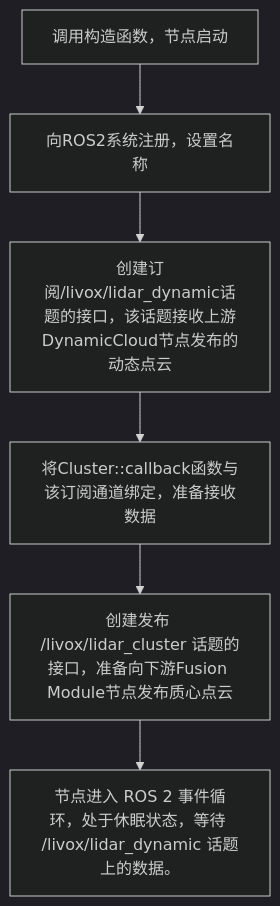
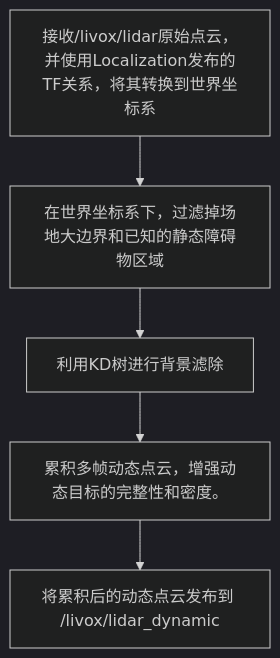
The second of 3 diagrams in 雷达/TDTcode.md (Aurovora/SRM_code), drawn with Mermaid (dark theme) before and after one commit. The commit also changed other lines of this file, not shown here.

````diff
--- a/雷达/TDTcode.md
+++ b/雷达/TDTcode.md
@@ -29,8 +25,7 @@
 ```mermaid
 graph TD
-    A[调用构造函数，节点启动] --> B[向ROS2系统注册，设置名称]
-    B --> C[创建订阅/livox/lidar_dynamic话题的接口，该话题接收上游DynamicCloud节点发布的动态点云]
-    C --> D[将Cluster::callback函数与该订阅通道绑定，准备接收数据]
-    D --> E[创建发布 /livox/lidar_cluster 话题的接口，准备向下游Fusion Module节点发布质心点云]
-    E --> F[节点进入 ROS 2 事件循环，处于休眠状态，等待 /livox/lidar_dynamic 话题上的数据。]
+    A[接收/livox/lidar原始点云，并使用Localization发布的TF关系，将其转换到世界坐标系] --> B[在世界坐标系下，过滤掉场地大边界和已知的静态障碍物区域]
+    B --> C[利用KD树进行背景滤除]
+    C --> D[累积多帧动态点云，增强动态目标的完整性和密度。]
+    D --> E[将累积后的动态点云发布到 /livox/lidar_dynamic]
 ```
````
